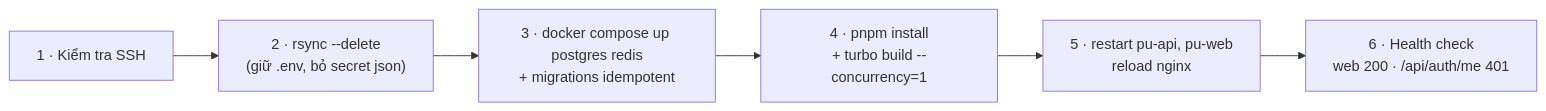
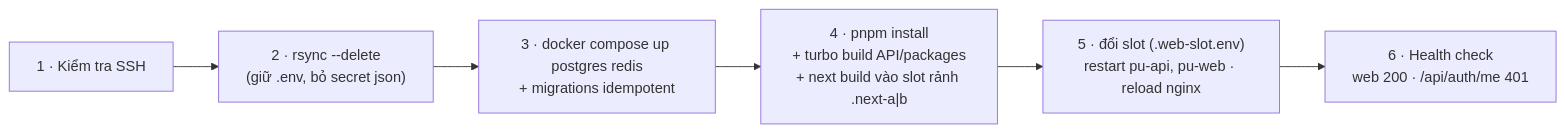
One commit to nhatcoi/pu-connect changed the second of 2 diagrams in docs/diagrams/06-deployment.md. Above: the diagram before and after it, drawn with Mermaid. The commit also changed other lines of this file and 1 other file, not shown here.

First line of the commit message:
fix(deploy): build the web app into an idle slot to avoid client errors mid-deploy

````diff
--- a/docs/diagrams/06-deployment.md
+++ b/docs/diagrams/06-deployment.md
@@ -53,4 +53,4 @@
 ```mermaid
 flowchart LR
-  s1["1 · Kiểm tra SSH"] --> s2["2 · rsync --delete<br/>(giữ .env, bỏ secret json)"] --> s3["3 · docker compose up postgres redis<br/>+ migrations idempotent"] --> s4["4 · pnpm install<br/>+ turbo build --concurrency=1"] --> s5["5 · restart pu-api, pu-web<br/>reload nginx"] --> s6["6 · Health check<br/>web 200 · /api/auth/me 401"]
+  s1["1 · Kiểm tra SSH"] --> s2["2 · rsync --delete<br/>(giữ .env, bỏ secret json)"] --> s3["3 · docker compose up postgres redis<br/>+ migrations idempotent"] --> s4["4 · pnpm install<br/>+ turbo build API/packages<br/>+ next build vào slot rảnh .next-a|b"] --> s5["5 · đổi slot (.web-slot.env)<br/>restart pu-api, pu-web · reload nginx"] --> s6["6 · Health check<br/>web 200 · /api/auth/me 401"]
 ```
````
